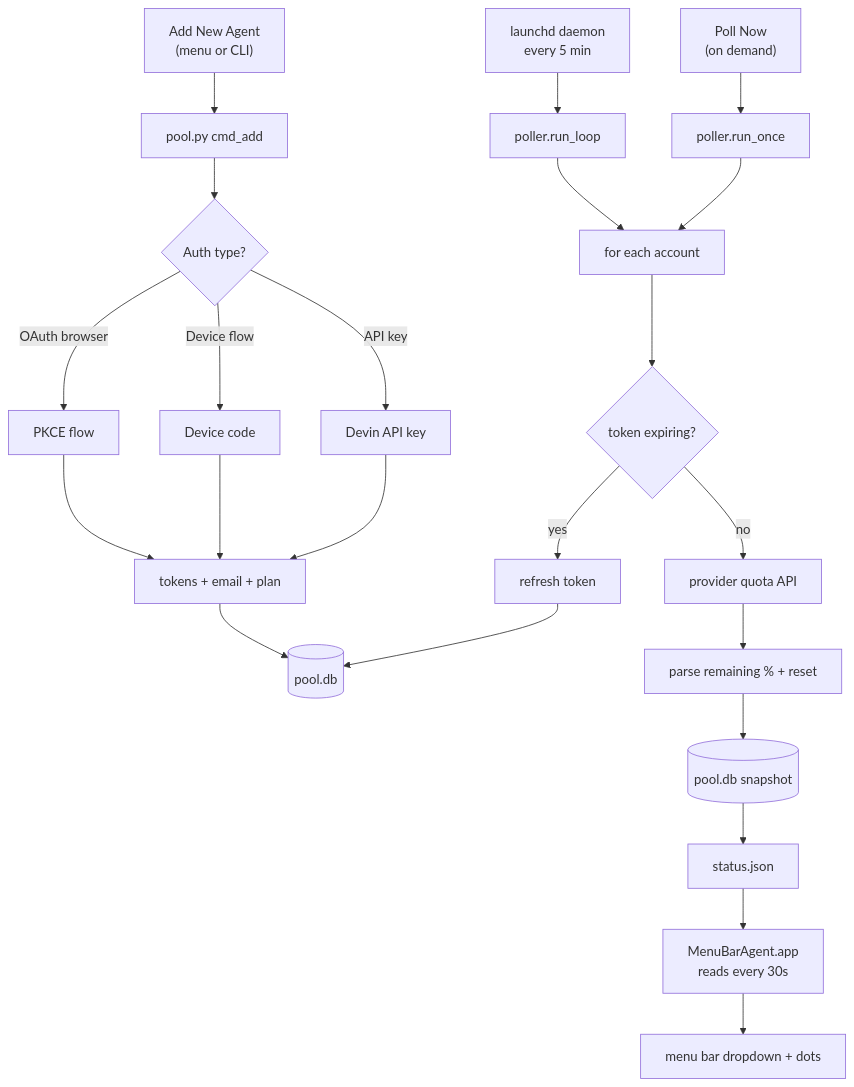
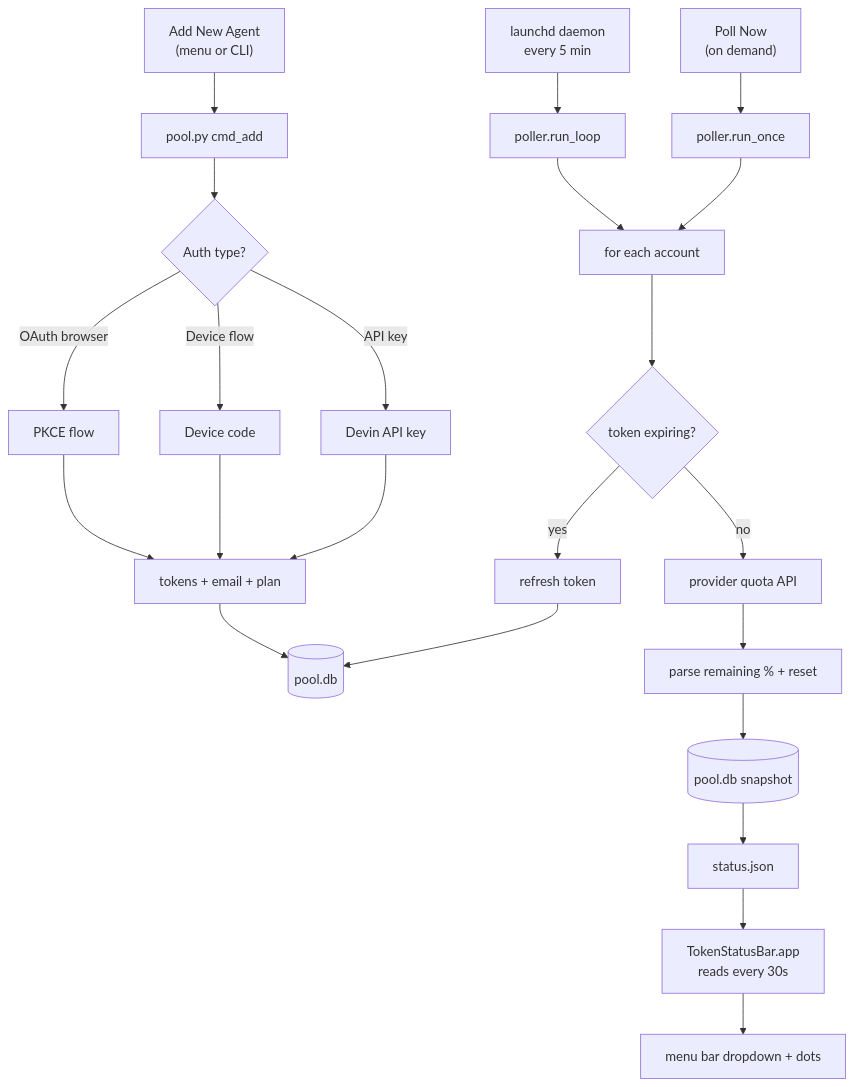
One commit to bytonylee/token-status-bar changed the first of 3 diagrams in README.md. Above: the diagram before and after it, drawn with Mermaid. The commit also changed other lines of this file and 20 other files, not shown here.

````diff
--- a/README.md
+++ b/README.md
@@ -92,26 +92,26 @@
 ```mermaid
 flowchart TD
     A["Add New Agent<br/>(menu or CLI)"] --> B[pool.py cmd_add]
     B --> C{Auth type?}
     C -->|OAuth browser| D[PKCE flow]
     C -->|Device flow| E[Device code]
     C -->|API key| F[Devin API key]
     D --> G[tokens + email + plan]
     E --> G
     F --> G
     G --> H[(pool.db)]
 
     I[launchd daemon<br/>every 5 min] --> J[poller.run_loop]
     K["Poll Now<br/>(on demand)"] --> L[poller.run_once]
     J --> M[for each account]
     L --> M
     M --> N{token expiring?}
     N -->|yes| O[refresh token]
     O --> H
     N -->|no| P[provider quota API]
     P --> Q[parse remaining % + reset]
     Q --> R[(pool.db snapshot)]
     R --> S[status.json]
-    S --> T["MenuBarAgent.app<br/>reads every 30s"]
+    S --> T["TokenStatusBar.app<br/>reads every 30s"]
     T --> U[menu bar dropdown + dots]
 ```
````
